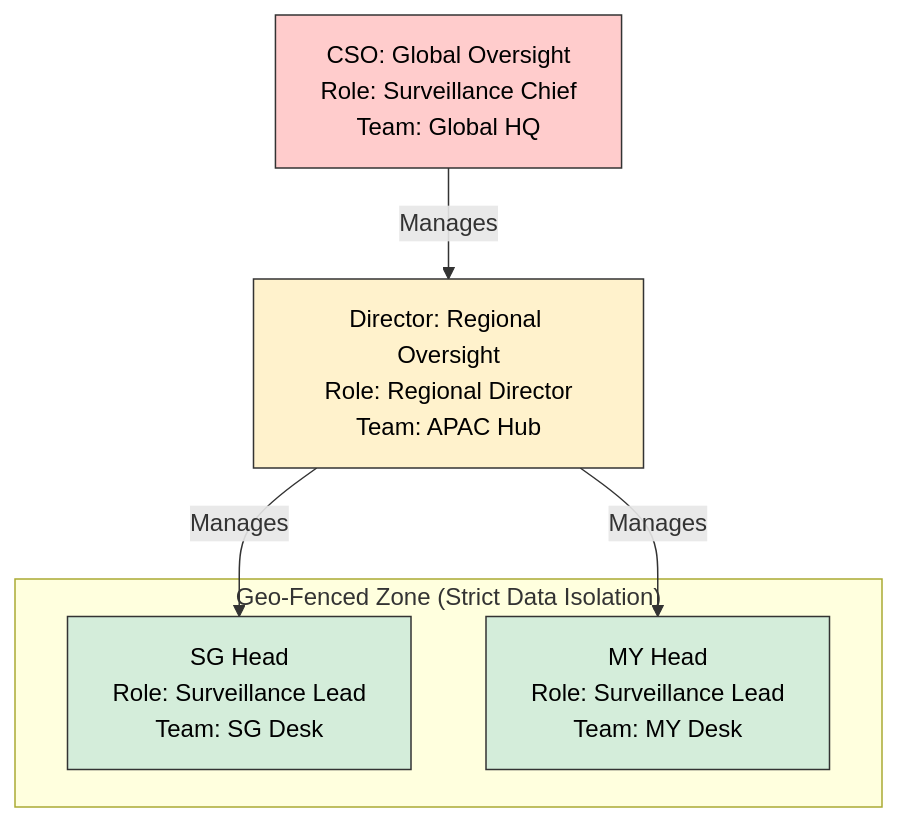
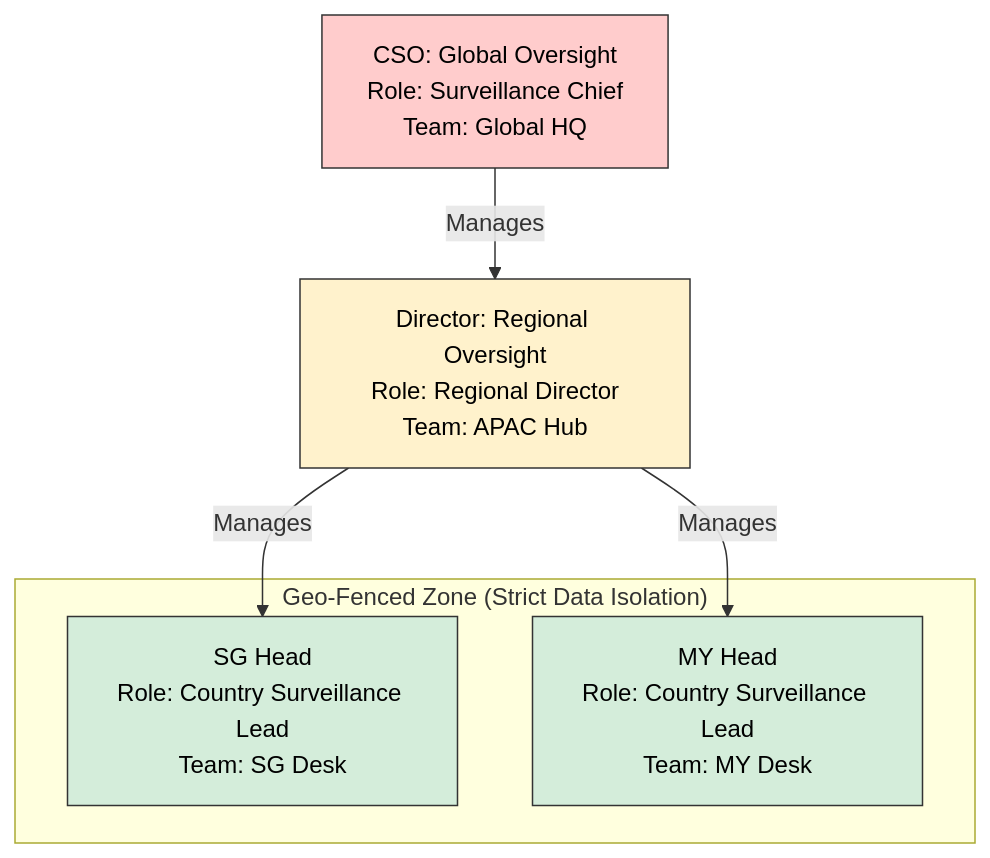
Before and after one commit to nkumar15/communication-analysis: the second of 2 diagrams in backend/scripts/b2b/use_cases/bank_surveillance/README.md, drawn with Mermaid. The commit also changed other lines of this file and 25 other files, not shown here.

````diff
--- a/backend/scripts/b2b/use_cases/bank_surveillance/README.md
+++ b/backend/scripts/b2b/use_cases/bank_surveillance/README.md
@@ -53,21 +63,21 @@
 ```mermaid
 graph TD
     %% Nodes with Clearance Levels
     CSO["CSO: Global Oversight<br/>Role: Surveillance Chief<br/>Team: Global HQ"] 
     -->|Manages| Dir["Director: Regional Oversight<br/>Role: Regional Director<br/>Team: APAC Hub"]
     
-    Dir -->|Manages| SG["SG Head<br/>Role: Surveillance Lead<br/>Team: SG Desk"]
-    Dir -->|Manages| MY["MY Head<br/>Role: Surveillance Lead<br/>Team: MY Desk"]
+    Dir -->|Manages| SG["SG Head<br/>Role: Country Surveillance Lead<br/>Team: SG Desk"]
+    Dir -->|Manages| MY["MY Head<br/>Role: Country Surveillance Lead<br/>Team: MY Desk"]
 
     %% Plugin Boundary
     subgraph "Geo-Fenced Zone (Strict Data Isolation)"
     SG
     MY
     end
 
     %% Styles
     style CSO fill:#ffcccc,stroke:#333,color:#000
     style Dir fill:#fff2cc,stroke:#333,color:#000
     style SG fill:#d4edda,stroke:#333,color:#000
     style MY fill:#d4edda,stroke:#333,color:#000
 ```
````
